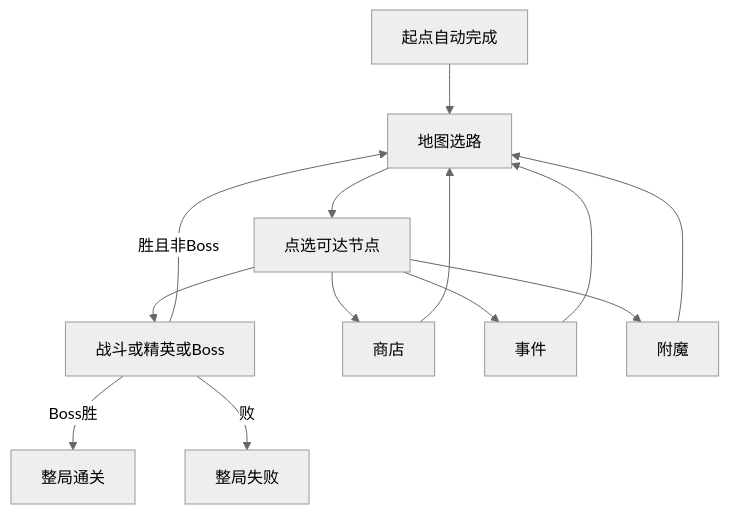
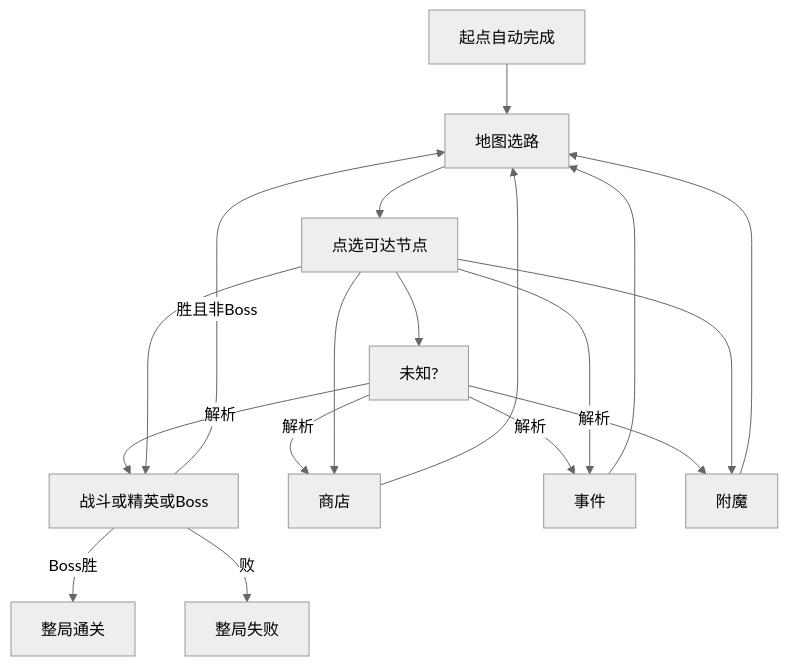
One commit to Kanerickyz/project-autochess changed the diagram in Documents/Features/MAP.md. Above: the diagram before and after it, drawn with Mermaid (neutral theme). The commit also changed other lines of this file and 5 other files, not shown here.

First line of the commit message:
feat: 地图生成对齐尖塔路径与权重约束

````diff
--- a/Documents/Features/MAP.md
+++ b/Documents/Features/MAP.md
@@ -100,15 +112,20 @@
 ```mermaid
 flowchart TD
   StartNode[起点自动完成] --> MapSelect[地图选路]
   MapSelect --> Pick[点选可达节点]
+  Pick --> MysteryNode[未知?]
+  MysteryNode -->|解析| CombatLike
+  MysteryNode -->|解析| ShopNode
+  MysteryNode -->|解析| EventNode
+  MysteryNode -->|解析| EnchantNode
   Pick --> CombatLike[战斗或精英或Boss]
   Pick --> ShopNode[商店]
   Pick --> EventNode[事件]
   Pick --> EnchantNode[附魔]
   CombatLike -->|胜且非Boss| MapSelect
   CombatLike -->|Boss胜| RunWin[整局通关]
   CombatLike -->|败| RunLose[整局失败]
   ShopNode --> MapSelect
   EventNode --> MapSelect
   EnchantNode --> MapSelect
 ```
````
